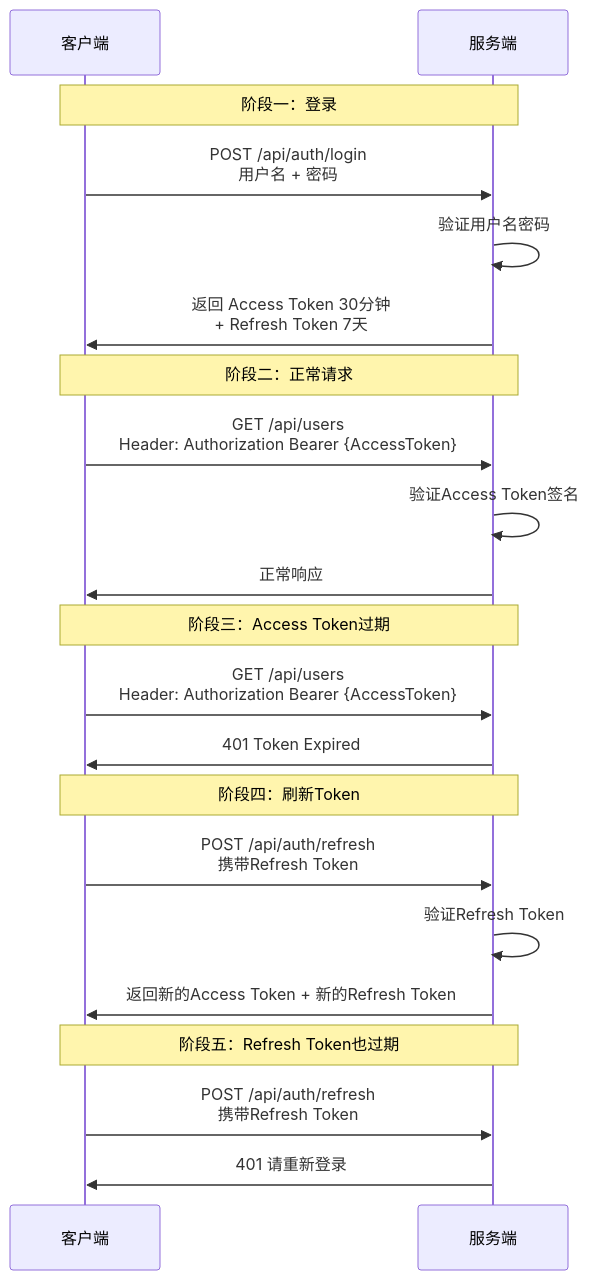
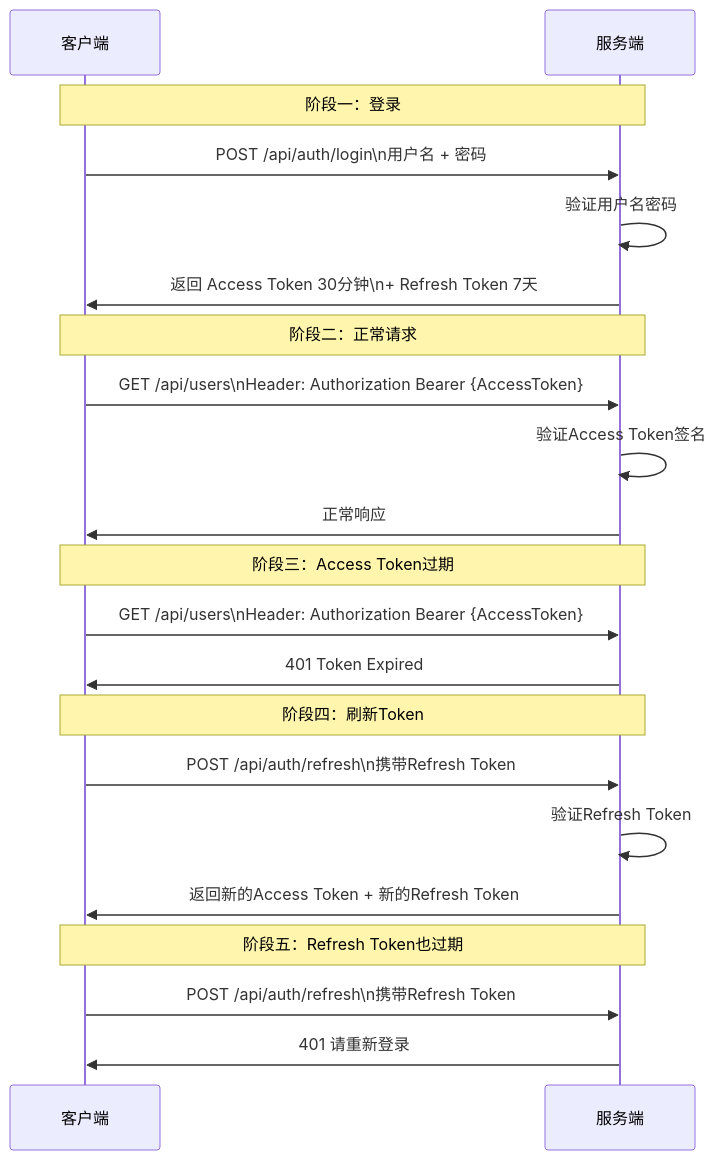
One commit to yaocat55/yaocat55.github.io changed the fifth of 6 diagrams in content/posts/springsecurity/SpringSecurityJwtAuthGuide.md. Above: the diagram before and after it, drawn with Mermaid. The commit also changed other lines of this file and 155 other files, not shown here.

````diff
--- a/content/posts/springsecurity/SpringSecurityJwtAuthGuide.md
+++ b/content/posts/springsecurity/SpringSecurityJwtAuthGuide.md
@@ -332,28 +332,28 @@
 ```mermaid
 sequenceDiagram
     participant C as 客户端
     participant S as 服务端
 
     Note over C,S: 阶段一：登录
-    C->>S: POST /api/auth/login<br/>用户名 + 密码
+    C->>S: POST /api/auth/login\n用户名 + 密码
     S->>S: 验证用户名密码
-    S->>C: 返回 Access Token 30分钟<br/>+ Refresh Token 7天
+    S->>C: 返回 Access Token 30分钟\n+ Refresh Token 7天
 
     Note over C,S: 阶段二：正常请求
-    C->>S: GET /api/users<br/>Header: Authorization Bearer {AccessToken}
+    C->>S: GET /api/users\nHeader: Authorization Bearer {AccessToken}
     S->>S: 验证Access Token签名
     S->>C: 正常响应
 
     Note over C,S: 阶段三：Access Token过期
-    C->>S: GET /api/users<br/>Header: Authorization Bearer {AccessToken}
+    C->>S: GET /api/users\nHeader: Authorization Bearer {AccessToken}
     S->>C: 401 Token Expired
 
     Note over C,S: 阶段四：刷新Token
-    C->>S: POST /api/auth/refresh<br/>携带Refresh Token
+    C->>S: POST /api/auth/refresh\n携带Refresh Token
     S->>S: 验证Refresh Token
     S->>C: 返回新的Access Token + 新的Refresh Token
 
     Note over C,S: 阶段五：Refresh Token也过期
-    C->>S: POST /api/auth/refresh<br/>携带Refresh Token
+    C->>S: POST /api/auth/refresh\n携带Refresh Token
     S->>C: 401 请重新登录
 ```
````
